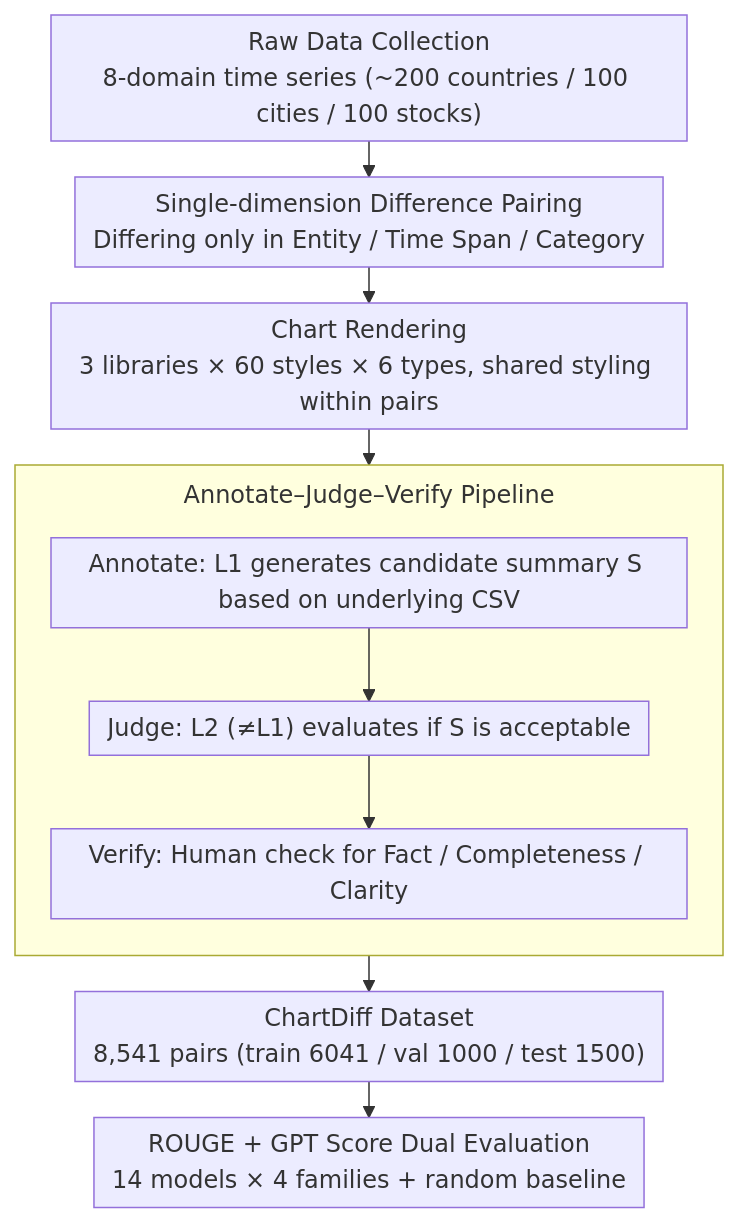
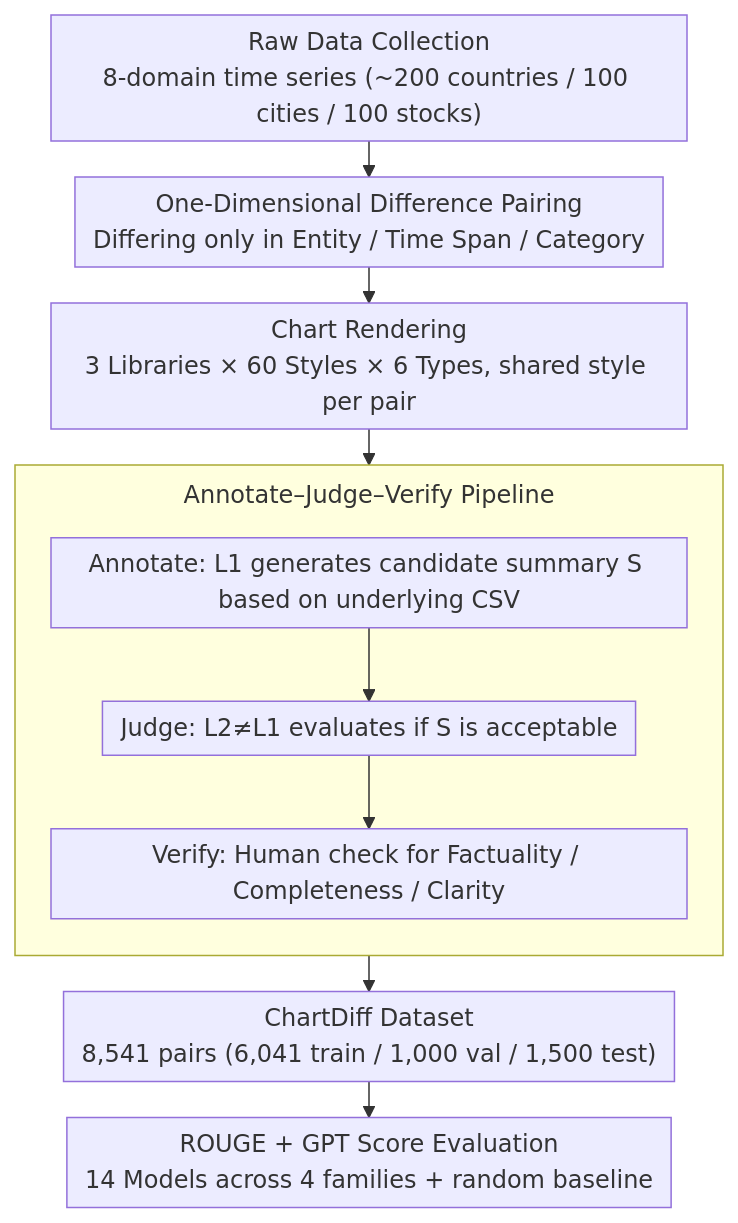
The diagram in docs/ACL2026/multimodal_vlm/chartdiff_a_large-scale_benchmark_for_comprehending_pairs_of_charts.md (zhaoyang97/Paper-Notes-en), drawn with Mermaid before and after one commit. The commit also changed other lines of this file and 5084 other files, not shown here.

````diff
--- a/docs/ACL2026/multimodal_vlm/chartdiff_a_large-scale_benchmark_for_comprehending_pairs_of_charts.md
+++ b/docs/ACL2026/multimodal_vlm/chartdiff_a_large-scale_benchmark_for_comprehending_pairs_of_charts.md
@@ -44,14 +44,14 @@
 ```mermaid
 %%{init: {'flowchart': {'rankSpacing': 24, 'nodeSpacing': 28, 'padding': 6, 'wrappingWidth': 400, 'subGraphTitleMargin': {'top': 8, 'bottom': 16}}}}%%
 flowchart TD
-    A["Raw Data Collection<br/>8-domain time series (~200 countries / 100 cities / 100 stocks)"] --> B["Single-dimension Difference Pairing<br/>Differing only in Entity / Time Span / Category"]
-    B --> C["Chart Rendering<br/>3 libraries × 60 styles × 6 types, shared styling within pairs"]
+    A["Raw Data Collection<br/>8-domain time series (~200 countries / 100 cities / 100 stocks)"] --> B["One-Dimensional Difference Pairing<br/>Differing only in Entity / Time Span / Category"]
+    B --> C["Chart Rendering<br/>3 Libraries × 60 Styles × 6 Types, shared style per pair"]
     C --> D
     subgraph D["Annotate–Judge–Verify Pipeline"]
         direction TB
-        D1["Annotate: L1 generates candidate summary S based on underlying CSV"] --> D2["Judge: L2 (≠L1) evaluates if S is acceptable"]
-        D2 --> D3["Verify: Human check for Fact / Completeness / Clarity"]
+        D1["Annotate: L1 generates candidate summary S based on underlying CSV"] --> D2["Judge: L2≠L1 evaluates if S is acceptable"]
+        D2 --> D3["Verify: Human check for Factuality / Completeness / Clarity"]
     end
-    D --> E["ChartDiff Dataset<br/>8,541 pairs (train 6041 / val 1000 / test 1500)"]
-    E --> F["ROUGE + GPT Score Dual Evaluation<br/>14 models × 4 families + random baseline"]
+    D --> E["ChartDiff Dataset<br/>8,541 pairs (6,041 train / 1,000 val / 1,500 test)"]
+    E --> F["ROUGE + GPT Score Evaluation<br/>14 Models across 4 families + random baseline"]
 ```
````
